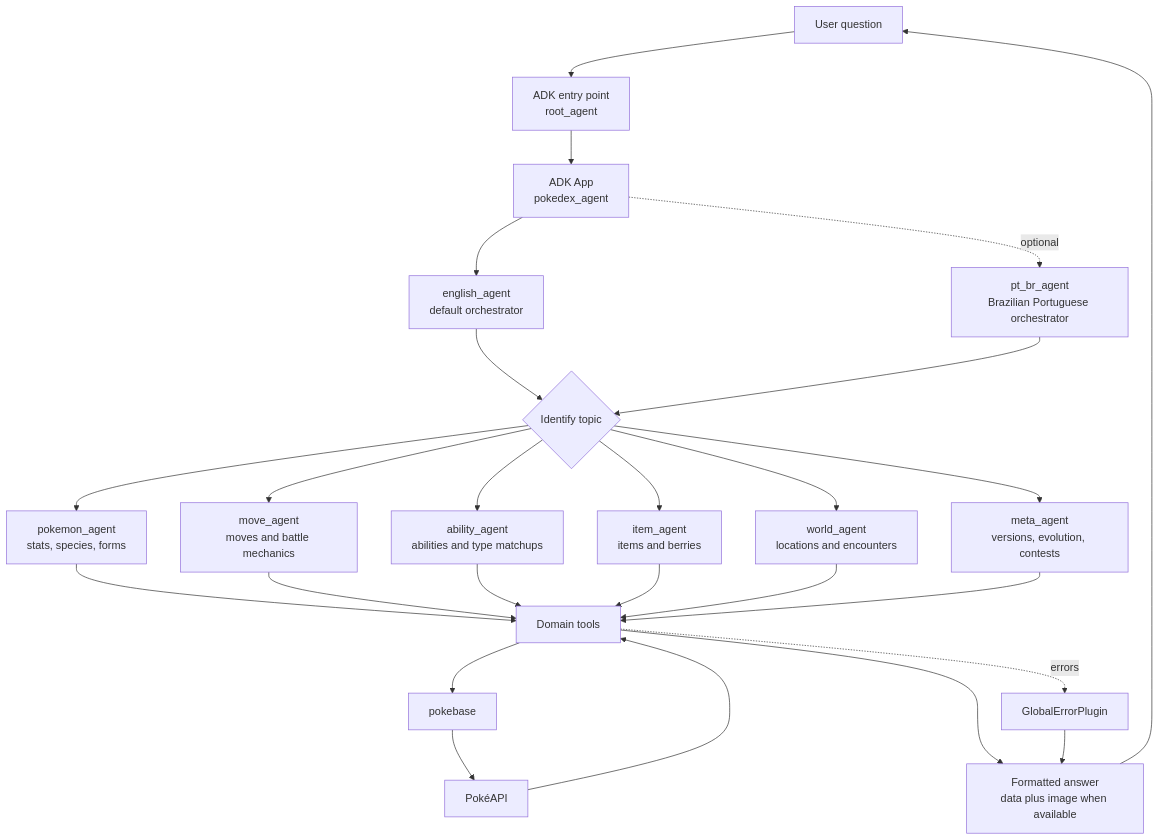
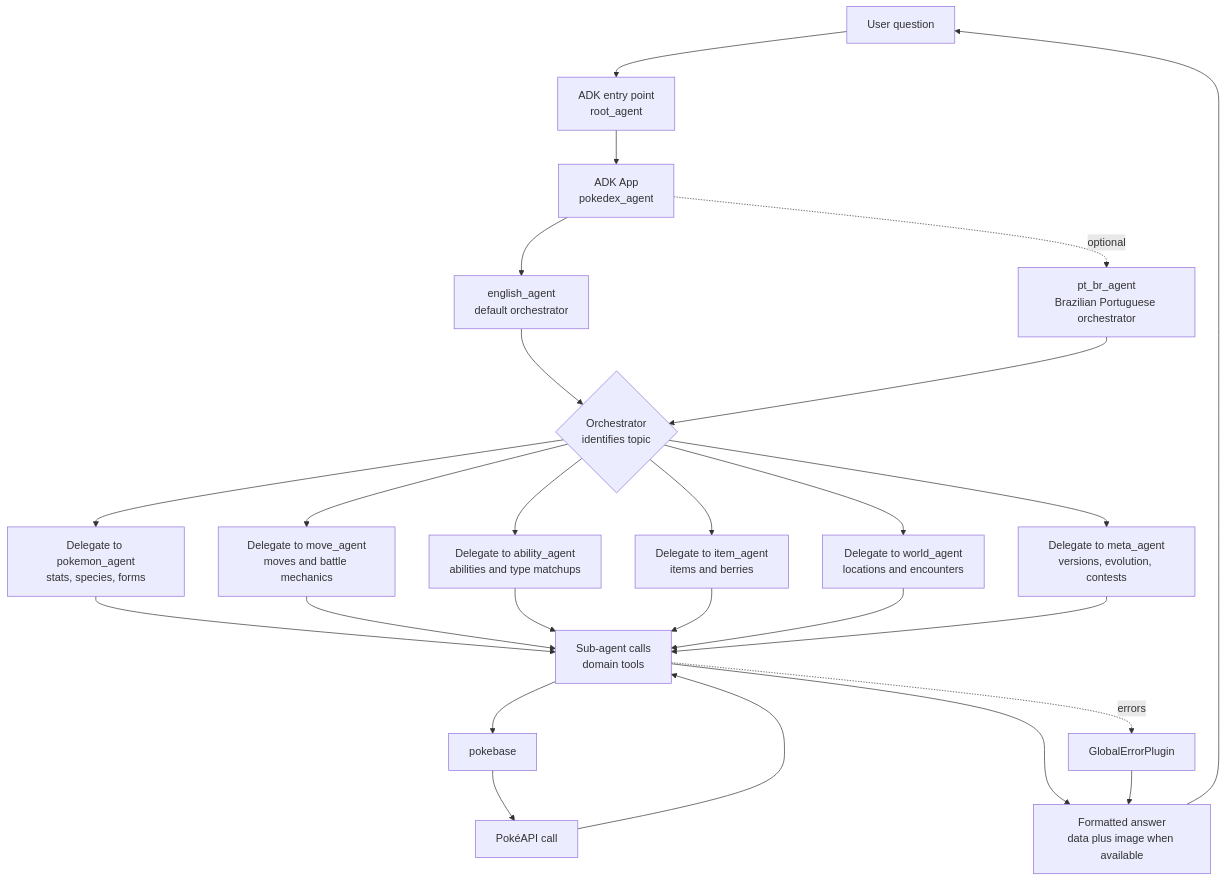
The diagram in README.md (ianmaciel7/pokedex-agent), drawn with Mermaid before and after one commit. The commit also changed other lines of this file, not shown here.

Commit message:
docs: simplify learning goals and clarify agent flow in README

````diff
--- a/README.md
+++ b/README.md
@@ -61,33 +55,33 @@
 ```mermaid
 flowchart TD
     user[User question] --> entry[ADK entry point<br/>root_agent]
     entry --> app[ADK App<br/>pokedex_agent]
     app --> english[english_agent<br/>default orchestrator]
     app -. optional .-> portuguese[pt_br_agent<br/>Brazilian Portuguese orchestrator]
 
-    english --> route{Identify topic}
+    english --> route{Orchestrator<br/>identifies topic}
     portuguese --> route
 
-    route --> pokemon[pokemon_agent<br/>stats, species, forms]
-    route --> moves[move_agent<br/>moves and battle mechanics]
-    route --> abilities[ability_agent<br/>abilities and type matchups]
-    route --> items[item_agent<br/>items and berries]
-    route --> world[world_agent<br/>locations and encounters]
-    route --> meta[meta_agent<br/>versions, evolution, contests]
+    route --> pokemon[Delegate to pokemon_agent<br/>stats, species, forms]
+    route --> moves[Delegate to move_agent<br/>moves and battle mechanics]
+    route --> abilities[Delegate to ability_agent<br/>abilities and type matchups]
+    route --> items[Delegate to item_agent<br/>items and berries]
+    route --> world[Delegate to world_agent<br/>locations and encounters]
+    route --> meta[Delegate to meta_agent<br/>versions, evolution, contests]
 
-    pokemon --> tools[Domain tools]
+    pokemon --> tools[Sub-agent calls<br/>domain tools]
     moves --> tools
     abilities --> tools
     items --> tools
     world --> tools
     meta --> tools
 
     tools --> pokebase[pokebase]
-    pokebase --> pokeapi[PokéAPI]
+    pokebase --> pokeapi[PokéAPI call]
     pokeapi --> tools
     tools --> answer[Formatted answer<br/>data plus image when available]
     answer --> user
 
     tools -. errors .-> plugin[GlobalErrorPlugin]
     plugin --> answer
 ```
````
